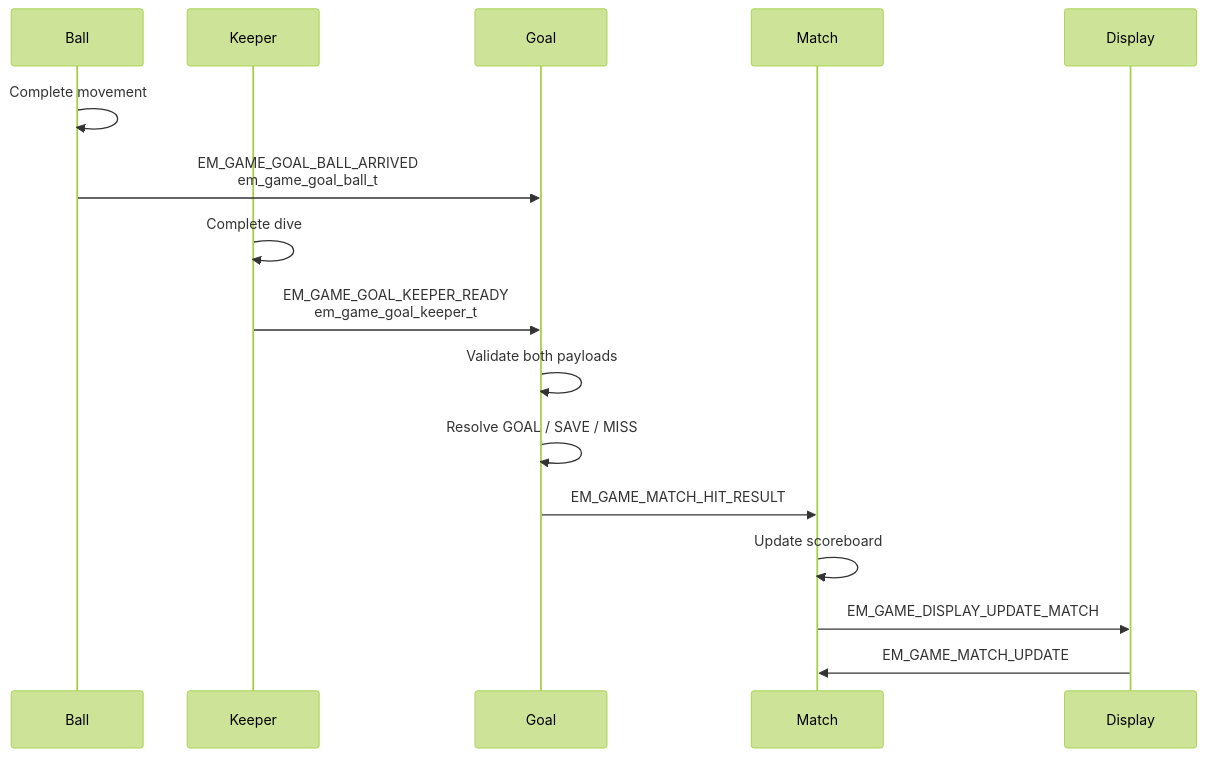
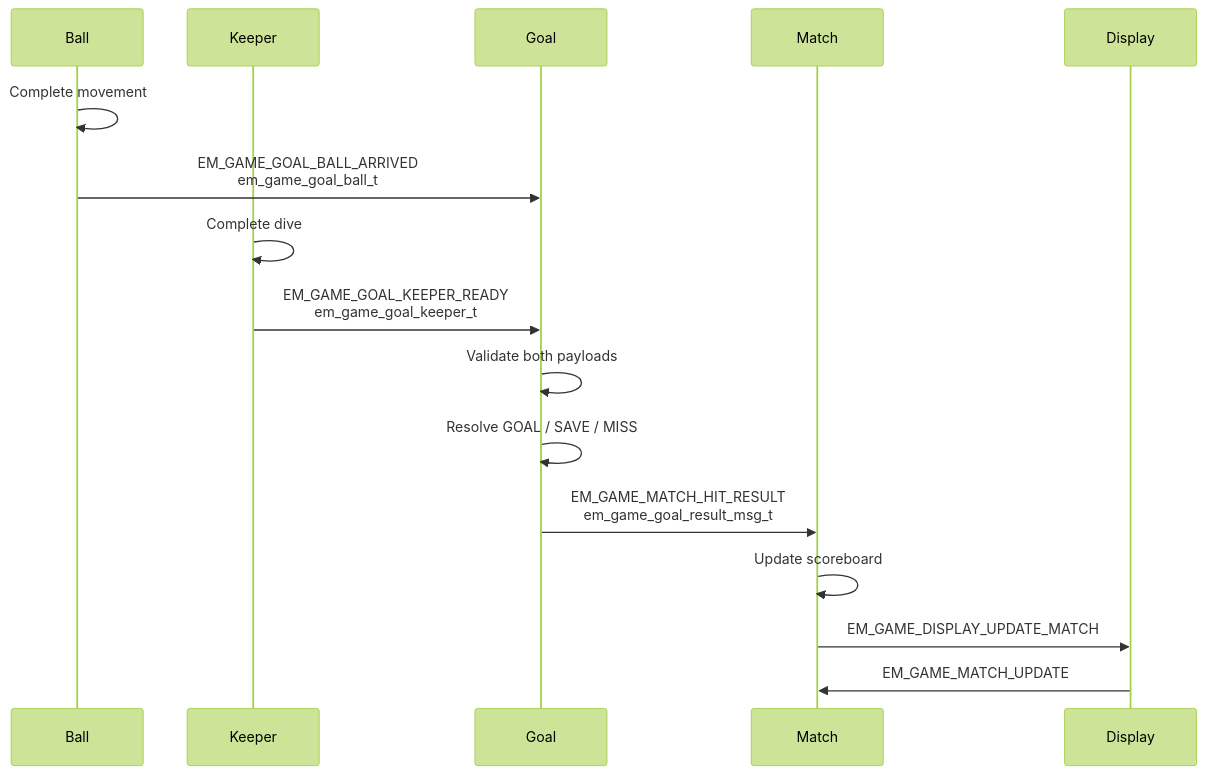
The fourth of 4 diagrams in docs/00-design-sequence-object.md (caotrongphuoc/11m-game), drawn with Mermaid (forest theme) before and after one commit. The commit also changed 7 other files, not shown here.

````diff
--- a/docs/00-design-sequence-object.md
+++ b/docs/00-design-sequence-object.md
@@ -105,20 +105,20 @@
 ```mermaid
 sequenceDiagram
     participant Ball
     participant Keeper
     participant Goal
     participant Match
     participant Display
 
     Ball->>Ball: Complete movement
     Ball->>Goal: EM_GAME_GOAL_BALL_ARRIVED<br/>em_game_goal_ball_t
     Keeper->>Keeper: Complete dive
     Keeper->>Goal: EM_GAME_GOAL_KEEPER_READY<br/>em_game_goal_keeper_t
 
     Goal->>Goal: Validate both payloads
     Goal->>Goal: Resolve GOAL / SAVE / MISS
-    Goal->>Match: EM_GAME_MATCH_HIT_RESULT
+    Goal->>Match: EM_GAME_MATCH_HIT_RESULT<br/>em_game_goal_result_msg_t
     Match->>Match: Update scoreboard
     Match->>Display: EM_GAME_DISPLAY_UPDATE_MATCH
     Display->>Match: EM_GAME_MATCH_UPDATE
 ```
````
